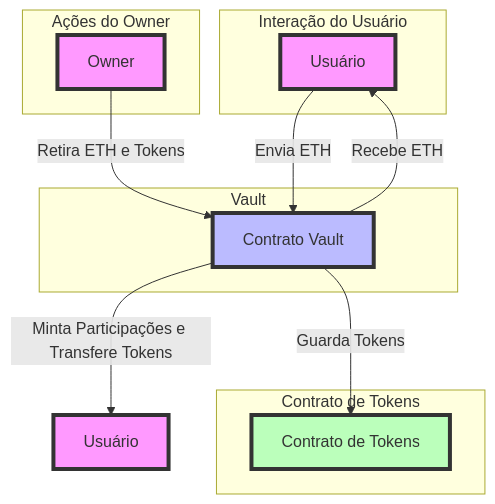
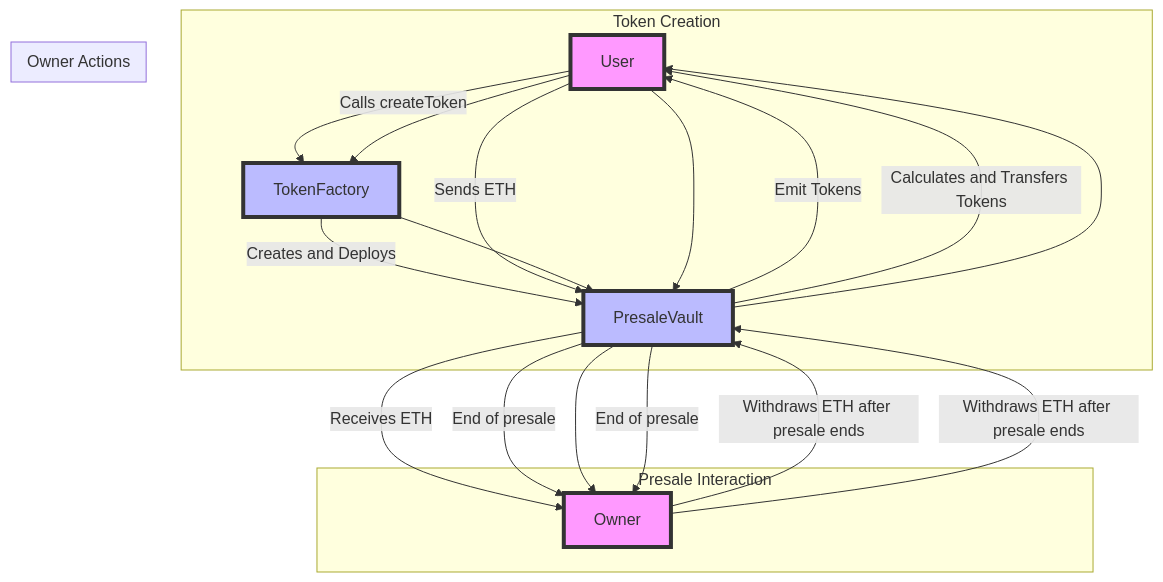
One commit to Filip3Dev/token_Incubator changed the diagram in README.md. Above: the diagram before and after it, drawn with Mermaid. The commit also changed other lines of this file and 1 other file, not shown here.

Commit message:
feat: Add TokenFactory contract for streamlined token creation and fundraising

````diff
--- a/README.md
+++ b/README.md
@@ -3,32 +18,33 @@
 ```mermaid
 graph TD
-    A[Usuário] -->|Envia ETH| B[Contrato Vault]
-    B -->|Minta Participações e Transfere Tokens| C[Usuário]
-    B -->|Recebe ETH| A
-    D[Owner] -->|Retira ETH e Tokens| B
-    B -->|Guarda Tokens| E[Contrato de Tokens]
-    
-    subgraph Interação do Usuário
-        A
+    U[User] -->|Calls createToken| TF[TokenFactory]
+    TF -->|Creates and Deploys| PV[PresaleVault]
+    PV -->|Emit Tokens| U
+    U -->|Sends ETH| PV
+    PV -->|Calculates and Transfers Tokens| U
+    PV -->|Receives ETH| O[Owner]
+    O -->|Withdraws ETH after presale ends| PV
+    PV -->|End of presale| O
+
+    subgraph Token Creation
+        U --> TF
+        TF --> PV
     end
-    
-    subgraph Vault
-        B
+
+    subgraph Presale Interaction
+        U --> PV
+        PV --> U
+        PV --> O
     end
-    
-    subgraph Contrato de Tokens
-        E
+
+    subgraph Owner Actions
+        PV -->|End of presale| O
+        O -->|Withdraws ETH after presale ends| PV
     end
-    
-    subgraph Ações do Owner
-        D
-    end
-    
-    class A,C,D user;
-    class B vault;
-    class E token;
-    
+
+    class U,O user;
+    class TF,PV factory;
+
     classDef user fill:#f9f,stroke:#333,stroke-width:4px;
-    classDef vault fill:#bbf,stroke:#333,stroke-width:4px;
-    classDef token fill:#bfb,stroke:#333,stroke-width:4px;
+    classDef factory fill:#bbf,stroke:#333,stroke-width:4px;
 ```
````
